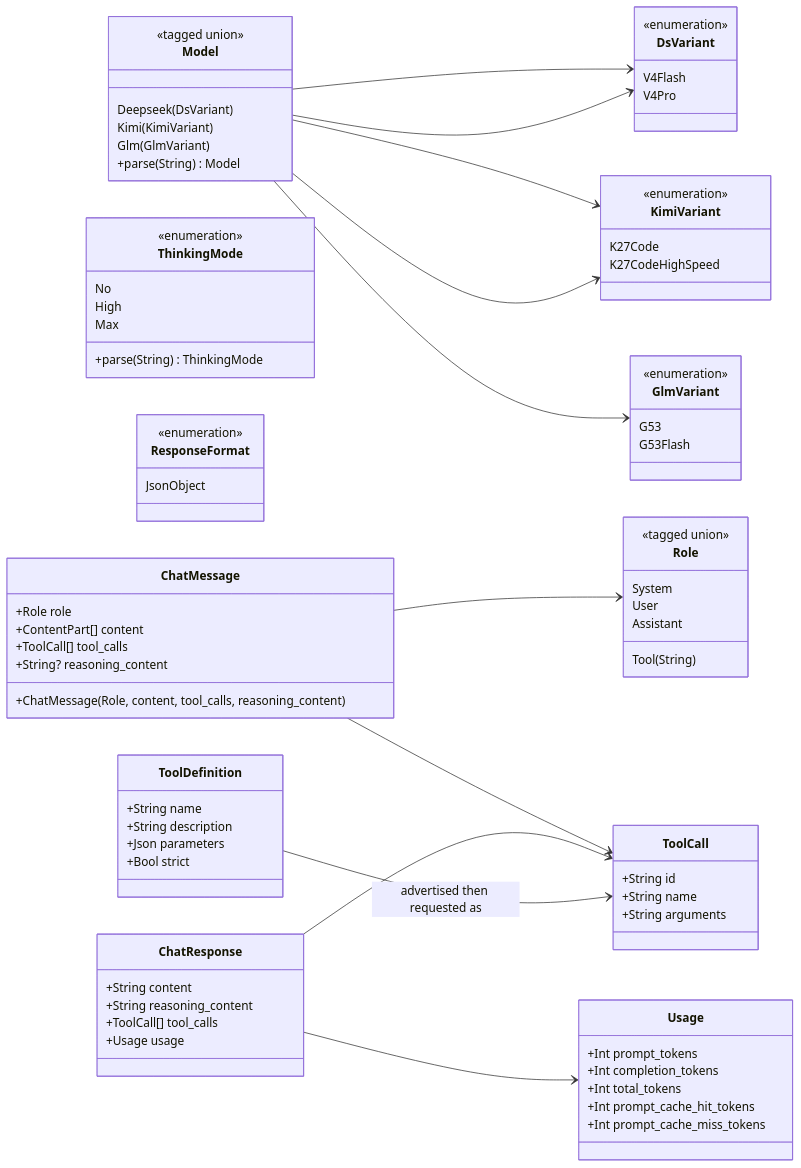
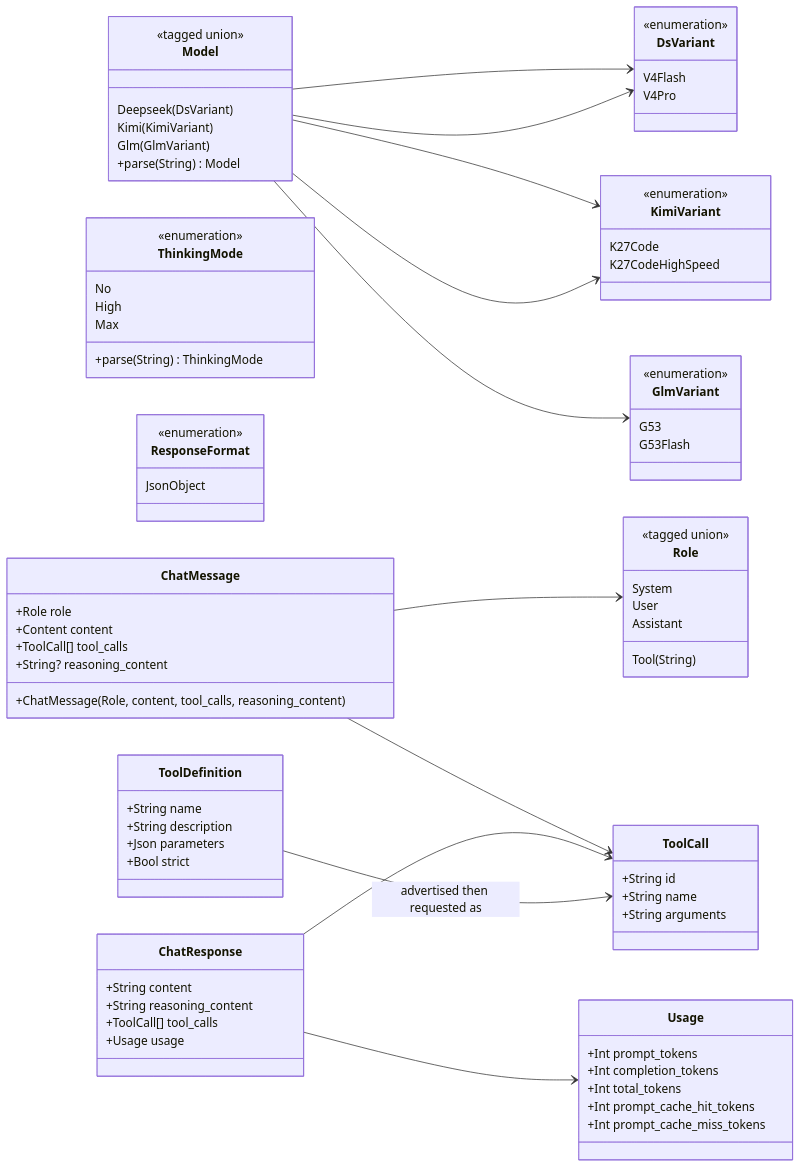
Before and after one commit to moonbitlang/openseek: the second of 4 diagrams in deepseek/README.mbt.md, drawn with Mermaid. The commit also changed other lines of this file and 15 other files, not shown here.

```diff
--- a/deepseek/README.mbt.md
+++ b/deepseek/README.mbt.md
@@ -125,7 +129,7 @@
 
   class ChatMessage {
     +Role role
-    +ContentPart[] content
+    +Content content
     +ToolCall[] tool_calls
     +String? reasoning_content
     +ChatMessage(Role, content, tool_calls, reasoning_content)
```
